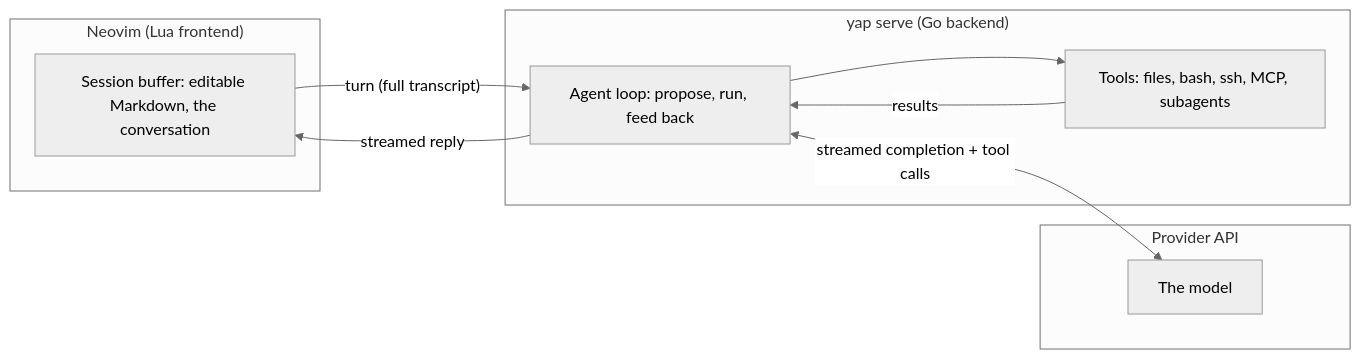
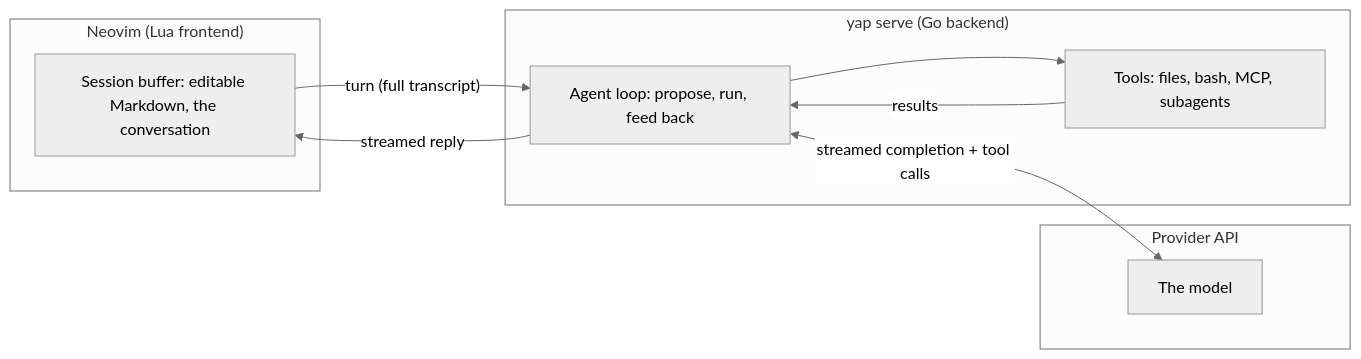
One commit to noisesfromspace/yap changed the diagram in README.md. Above: the diagram before and after it, drawn with Mermaid (neutral theme). The commit also changed other lines of this file and 26 other files, not shown here.

First line of the commit message:
refactor(tools): remove the ssh tool

````diff
--- a/README.md
+++ b/README.md
@@ -62,18 +62,18 @@
 ```mermaid
 flowchart LR
     subgraph FE["Neovim (Lua frontend)"]
         A["Session buffer: editable Markdown, the conversation"]
     end
     subgraph BE["yap serve (Go backend)"]
         B["Agent loop: propose, run, feed back"]
-        C["Tools: files, bash, ssh, MCP, subagents"]
+        C["Tools: files, bash, MCP, subagents"]
     end
     subgraph P["Provider API"]
         D["The model"]
     end
     A -->|"turn (full transcript)"| B
     B <-->|"streamed completion + tool calls"| D
     B --> C
     C -->|"results"| B
     B -->|"streamed reply"| A
 ```
````
